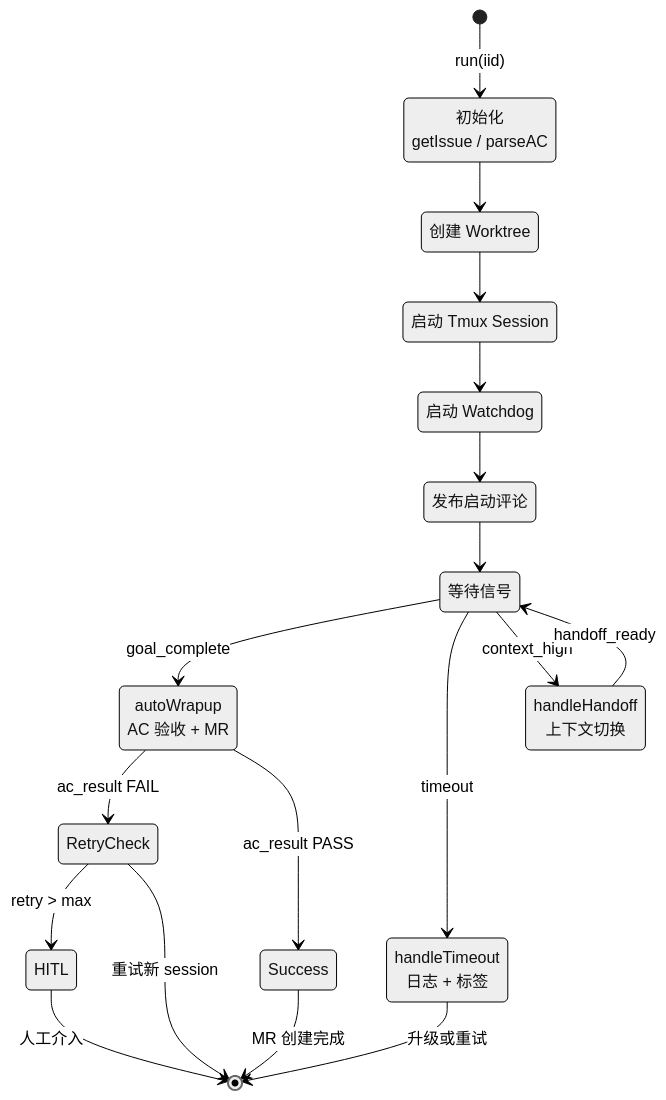
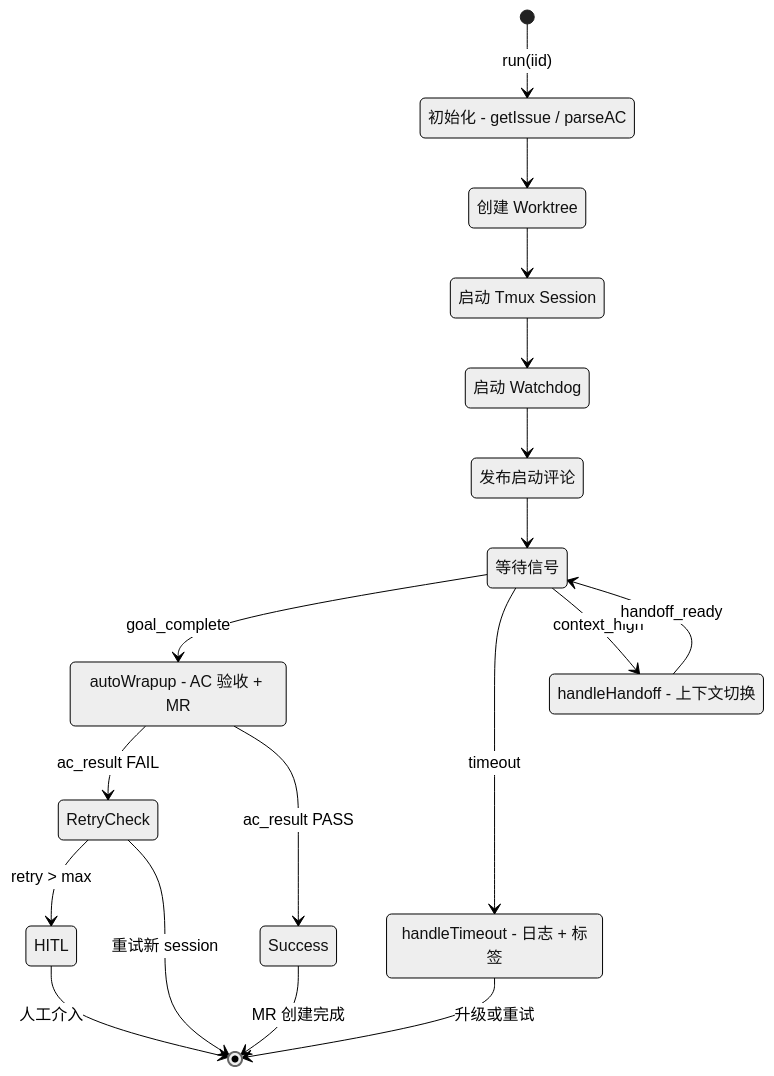
One commit to easyhaloo/afk changed the fifth of 10 diagrams in docs/ARCHITECTURE.md. Above: the diagram before and after it, drawn with Mermaid (neutral theme). The commit also changed other lines of this file and 1 other file, not shown here.

First line of the commit message:
fix(docs): 修复 Mermaid 图解析错误

````diff
--- a/docs/ARCHITECTURE.md
+++ b/docs/ARCHITECTURE.md
@@ -233,35 +247,35 @@
 ```mermaid
 stateDiagram-v2
     [*] --> Init: run(iid)
 
-    Init: 初始化<br/>getIssue / parseAC
+    Init: 初始化 - getIssue / parseAC
     Worktree: 创建 Worktree
     TmuxLaunch: 启动 Tmux Session
     Watchdog: 启动 Watchdog
     Comment: 发布启动评论
     Polling: 等待信号
 
     Init --> Worktree
     Worktree --> TmuxLaunch
     TmuxLaunch --> Watchdog
     Watchdog --> Comment
     Comment --> Polling
 
     Polling --> AutoWrapup: goal_complete
     Polling --> Timeout: timeout
     Polling --> Handoff: context_high
 
-    AutoWrapup: autoWrapup<br/>AC 验收 + MR
-    Timeout: handleTimeout<br/>日志 + 标签
-    Handoff: handleHandoff<br/>上下文切换
+    AutoWrapup: autoWrapup - AC 验收 + MR
+    Timeout: handleTimeout - 日志 + 标签
+    Handoff: handleHandoff - 上下文切换
 
     AutoWrapup --> RetryCheck: ac_result FAIL
     AutoWrapup --> Success: ac_result PASS
     RetryCheck --> HITL: retry > max
     RetryCheck --> [*]: 重试新 session
 
     Success --> [*]: MR 创建完成
     Timeout --> [*]: 升级或重试
     Handoff --> Polling: handoff_ready
     HITL --> [*]: 人工介入
 ```
````
